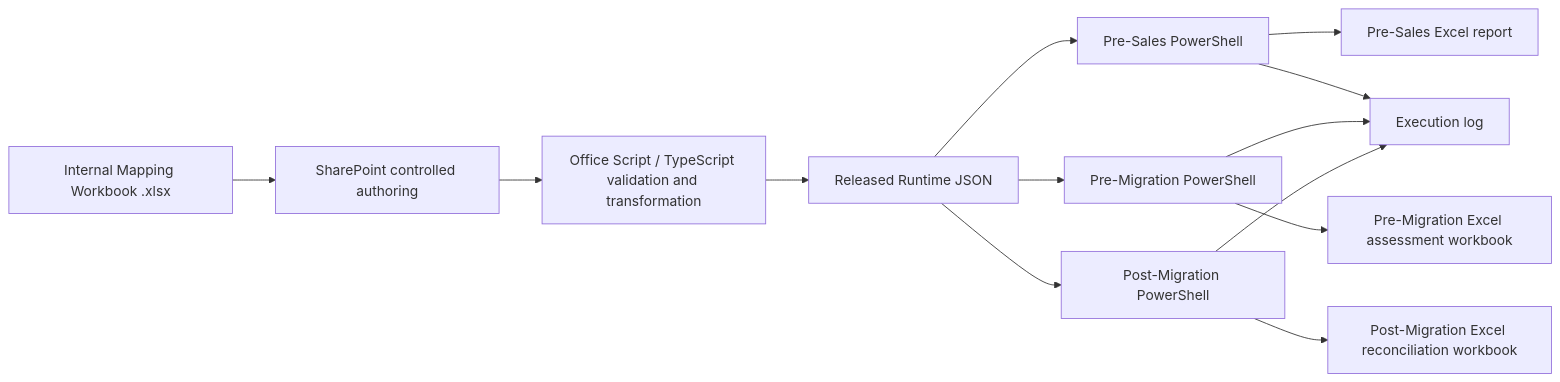
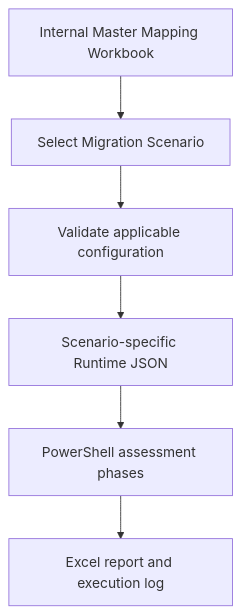
Before and after one commit to MightyM-ouse/eMAS: the diagram in README.md, drawn with Mermaid. The commit also changed other lines of this file and 6 other files, not shown here.

Commit message:
Define workbook and scenario JSON MVP requirements

````diff
--- a/README.md
+++ b/README.md
@@ -35,15 +35,8 @@
 ```mermaid
-flowchart LR
-    A[Internal Mapping Workbook .xlsx] --> B[SharePoint controlled authoring]
-    B --> C[Office Script / TypeScript validation and transformation]
-    C --> D[Released Runtime JSON]
-    D --> E[Pre-Sales PowerShell]
-    D --> F[Pre-Migration PowerShell]
-    D --> G[Post-Migration PowerShell]
-    E --> H[Pre-Sales Excel report]
-    F --> I[Pre-Migration Excel assessment workbook]
-    G --> J[Post-Migration Excel reconciliation workbook]
-    E --> K[Execution log]
-    F --> K
-    G --> K
+flowchart TD
+    A[Internal Master Mapping Workbook] --> B[Select Migration Scenario]
+    B --> C[Validate applicable configuration]
+    C --> D[Scenario-specific Runtime JSON]
+    D --> E[PowerShell assessment phases]
+    E --> F[Excel report and execution log]
 ```
````
